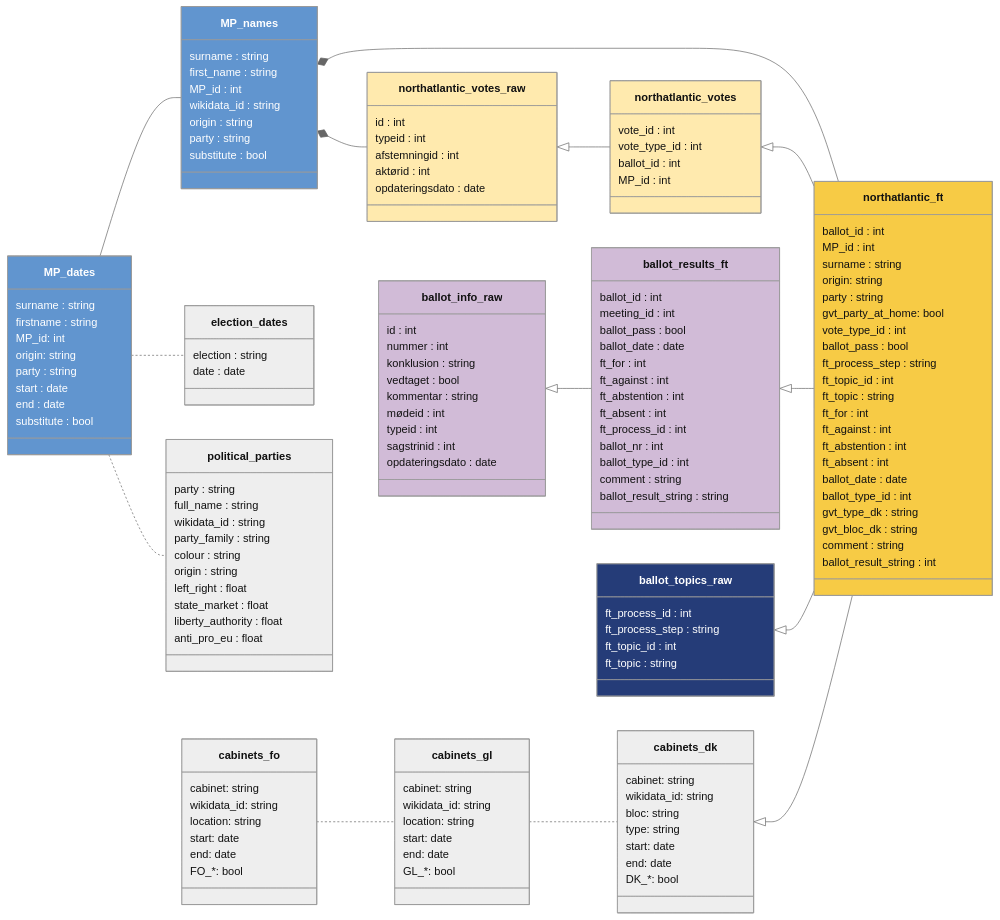
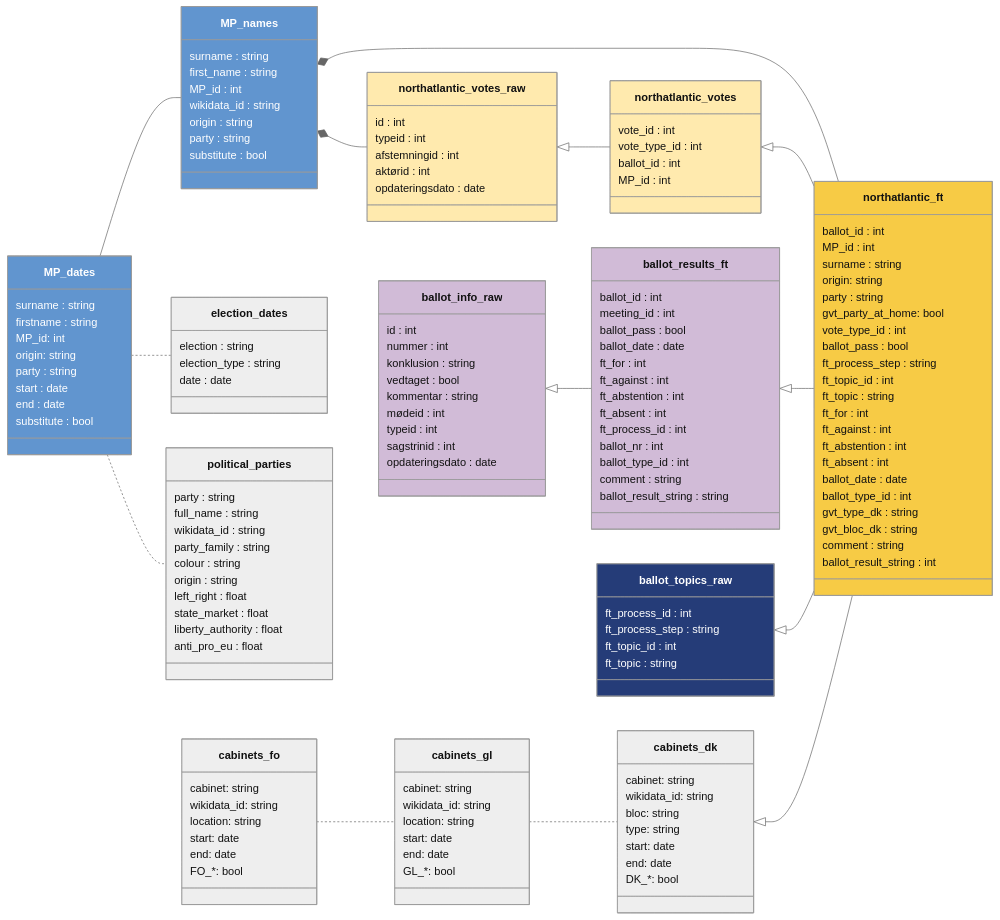
The diagram in docs/codebook.qmd (mtwente/nordatlantisk-ft), drawn with Mermaid (neutral theme) before and after one commit. The commit also changed other lines of this file and 2 other files, not shown here.

Commit message:
feat: add unique ID to election list

```diff
--- a/docs/codebook.qmd
+++ b/docs/codebook.qmd
@@ -168,6 +168,7 @@
 
     class election_dates {
         election : string
+        election_type : string
         date : date
     }
 
```
